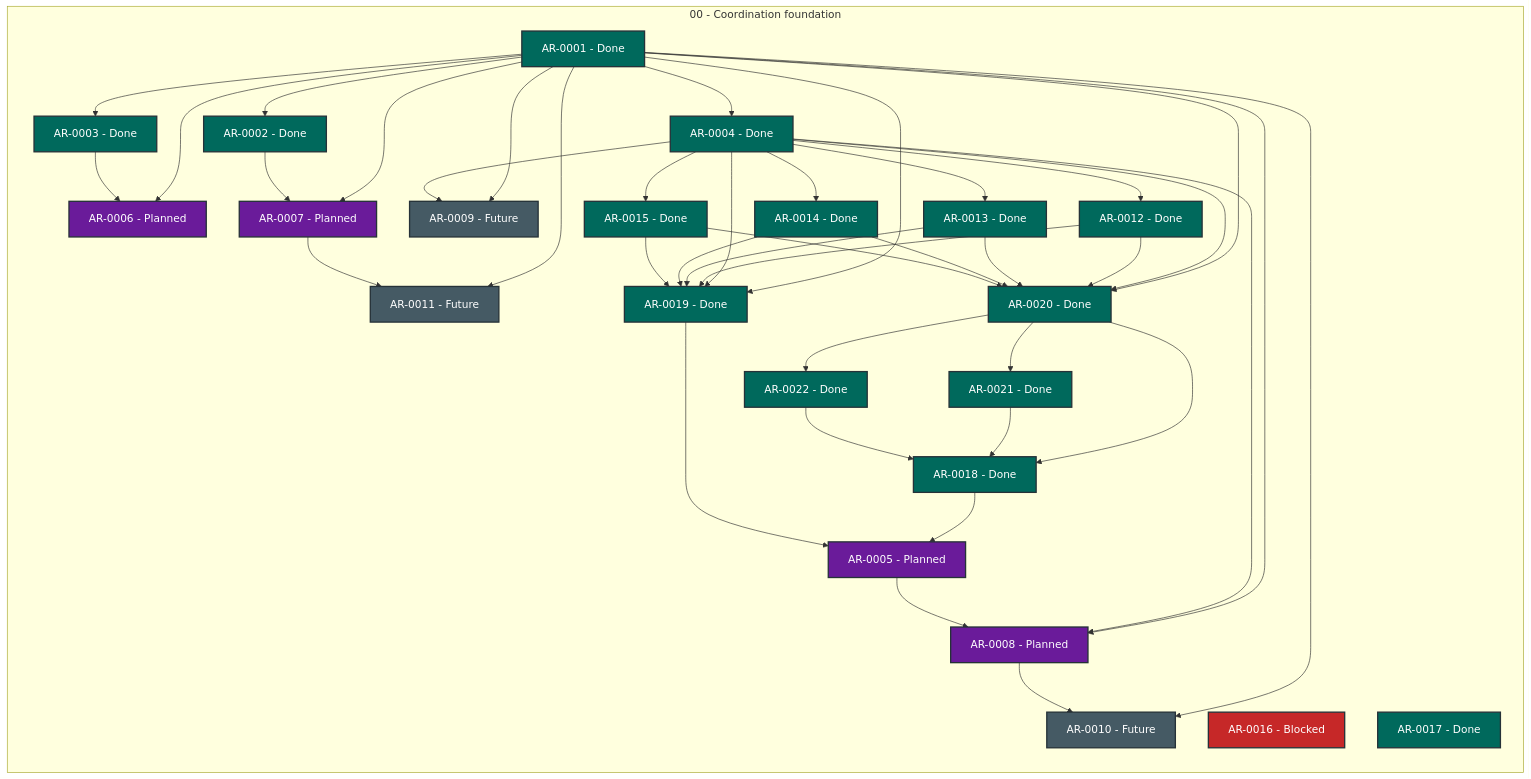
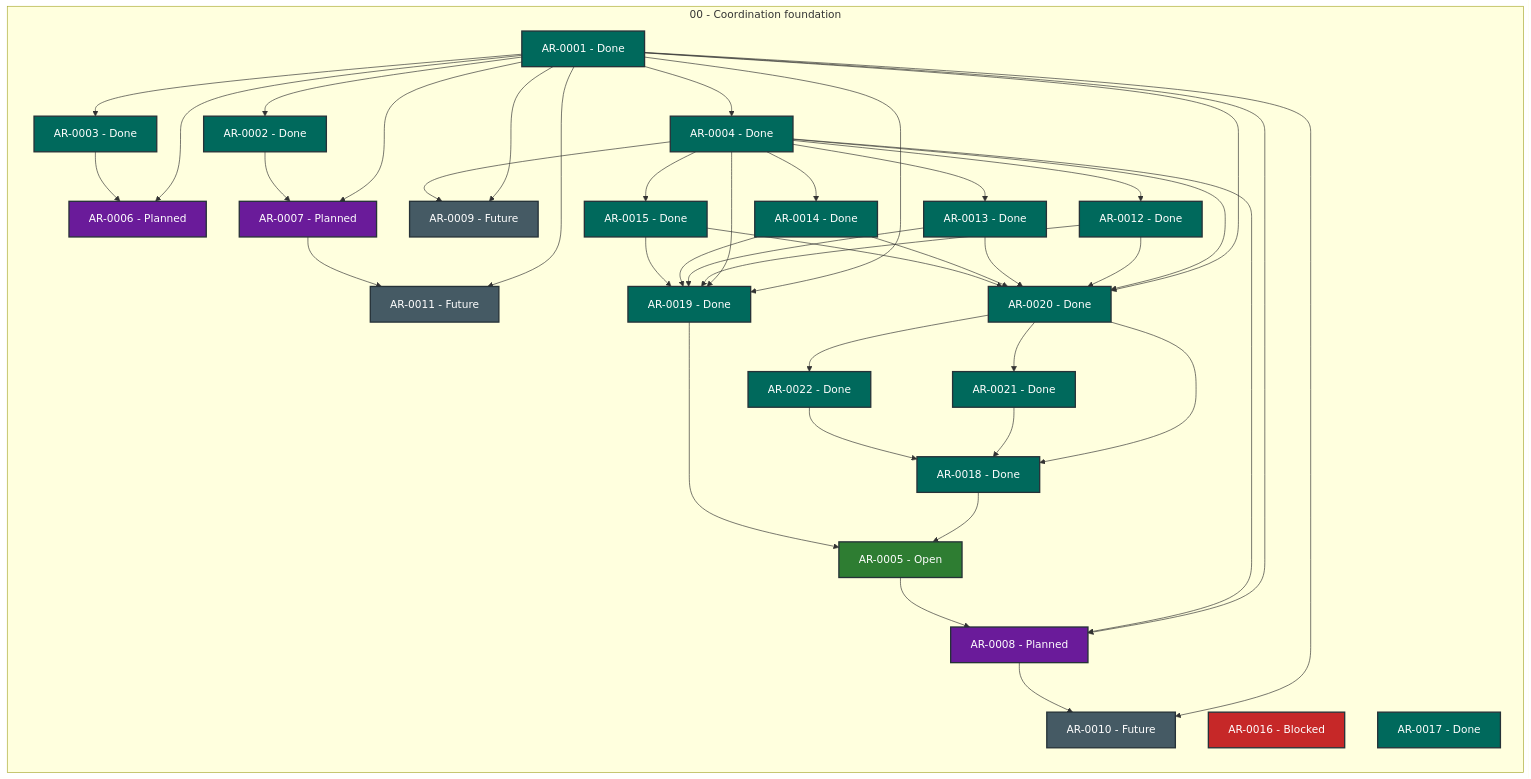
The diagram in STATUS.md (martin-beck/agent-workflow-quality-state), drawn with Mermaid before and after one commit. The commit also changed other lines of this file and 2 other files, not shown here.

````diff
--- a/STATUS.md
+++ b/STATUS.md
@@ -27,75 +27,75 @@
 ```mermaid
 flowchart LR
     subgraph series_00["00 - Coordination foundation"]
         direction TB
         AR_0001["AR-0001 - Done"]:::status_done
         AR_0002["AR-0002 - Done"]:::status_done
         AR_0003["AR-0003 - Done"]:::status_done
         AR_0004["AR-0004 - Done"]:::status_done
-        AR_0005["AR-0005 - Planned"]:::status_planned
+        AR_0005["AR-0005 - Open"]:::status_open
         AR_0006["AR-0006 - Planned"]:::status_planned
         AR_0007["AR-0007 - Planned"]:::status_planned
         AR_0008["AR-0008 - Planned"]:::status_planned
         AR_0009["AR-0009 - Future"]:::status_future
         AR_0010["AR-0010 - Future"]:::status_future
         AR_0011["AR-0011 - Future"]:::status_future
         AR_0012["AR-0012 - Done"]:::status_done
         AR_0013["AR-0013 - Done"]:::status_done
         AR_0014["AR-0014 - Done"]:::status_done
         AR_0015["AR-0015 - Done"]:::status_done
         AR_0016["AR-0016 - Blocked"]:::status_blocked
         AR_0017["AR-0017 - Done"]:::status_done
         AR_0018["AR-0018 - Done"]:::status_done
         AR_0019["AR-0019 - Done"]:::status_done
         AR_0020["AR-0020 - Done"]:::status_done
         AR_0021["AR-0021 - Done"]:::status_done
         AR_0022["AR-0022 - Done"]:::status_done
     end
     AR_0001 --> AR_0002
     AR_0001 --> AR_0003
     AR_0001 --> AR_0004
     AR_0001 --> AR_0006
     AR_0001 --> AR_0007
     AR_0001 --> AR_0008
     AR_0001 --> AR_0009
     AR_0001 --> AR_0010
     AR_0001 --> AR_0011
     AR_0001 --> AR_0019
     AR_0001 --> AR_0020
     AR_0002 --> AR_0007
     AR_0003 --> AR_0006
     AR_0004 --> AR_0008
     AR_0004 --> AR_0009
     AR_0004 --> AR_0012
     AR_0004 --> AR_0013
     AR_0004 --> AR_0014
     AR_0004 --> AR_0015
     AR_0004 --> AR_0019
     AR_0004 --> AR_0020
     AR_0005 --> AR_0008
     AR_0007 --> AR_0011
     AR_0008 --> AR_0010
     AR_0012 --> AR_0019
     AR_0012 --> AR_0020
     AR_0013 --> AR_0019
     AR_0013 --> AR_0020
     AR_0014 --> AR_0019
     AR_0014 --> AR_0020
     AR_0015 --> AR_0019
     AR_0015 --> AR_0020
     AR_0018 --> AR_0005
     AR_0019 --> AR_0005
     AR_0020 --> AR_0018
     AR_0020 --> AR_0021
     AR_0020 --> AR_0022
     AR_0021 --> AR_0018
     AR_0022 --> AR_0018
     classDef status_in_progress fill:#1565c0,color:#ffffff,stroke:#263238,stroke-width:2px
     classDef status_open fill:#2e7d32,color:#ffffff,stroke:#263238,stroke-width:2px
     classDef status_blocked fill:#c62828,color:#ffffff,stroke:#263238,stroke-width:2px
     classDef status_planned fill:#6a1b9a,color:#ffffff,stroke:#263238,stroke-width:2px
     classDef status_future fill:#455a64,color:#ffffff,stroke:#263238,stroke-width:2px
     classDef status_done fill:#00695c,color:#ffffff,stroke:#263238,stroke-width:2px
     classDef status_cancelled fill:#616161,color:#ffffff,stroke:#263238,stroke-width:2px
     classDef status_superseded fill:#5d4037,color:#ffffff,stroke:#263238,stroke-width:2px
 ```
````
